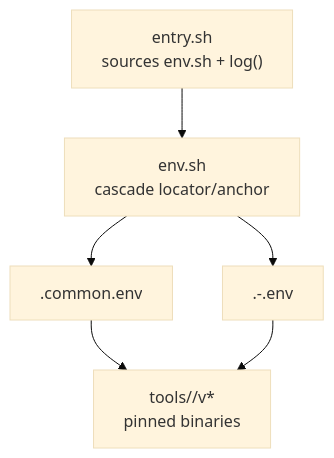
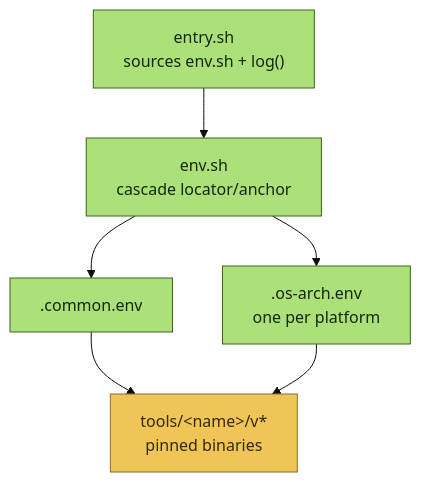
One commit to fordaj/barnacle changed the diagram in scripts/README.md. Above: the diagram before and after it, drawn with Mermaid (base theme). The commit also changed 23 other files, not shown here.

````diff
--- a/scripts/README.md
+++ b/scripts/README.md
@@ -3,10 +3,14 @@
 ```mermaid
 flowchart TD
     Entry["entry.sh<br/>sources env.sh + log()"] --> Env["env.sh<br/>cascade locator/anchor"]
-    Env --> Common[.common.env]
-    Env --> Plat[".<os>-<arch>.env"]
-    Common --> Tools["tools/<name>/v*<br/>pinned binaries"]
+    Env --> Common[".common.env"]
+    Env --> Plat[".os-arch.env<br/>one per platform"]
+    Common --> Tools["tools/&lt;name&gt;/v*<br/>pinned binaries"]
     Plat --> Tools
     click Entry href "entry.sh.md"
     click Env href "env.sh.md"
+    class Entry,Env,Common,Plat shFile
+    class Tools folder
+    classDef shFile fill:#abe07a,stroke:#3f6212,color:#16280a
+    classDef folder fill:#f0c558,stroke:#8a6d1c,color:#332a05
 ```
````
